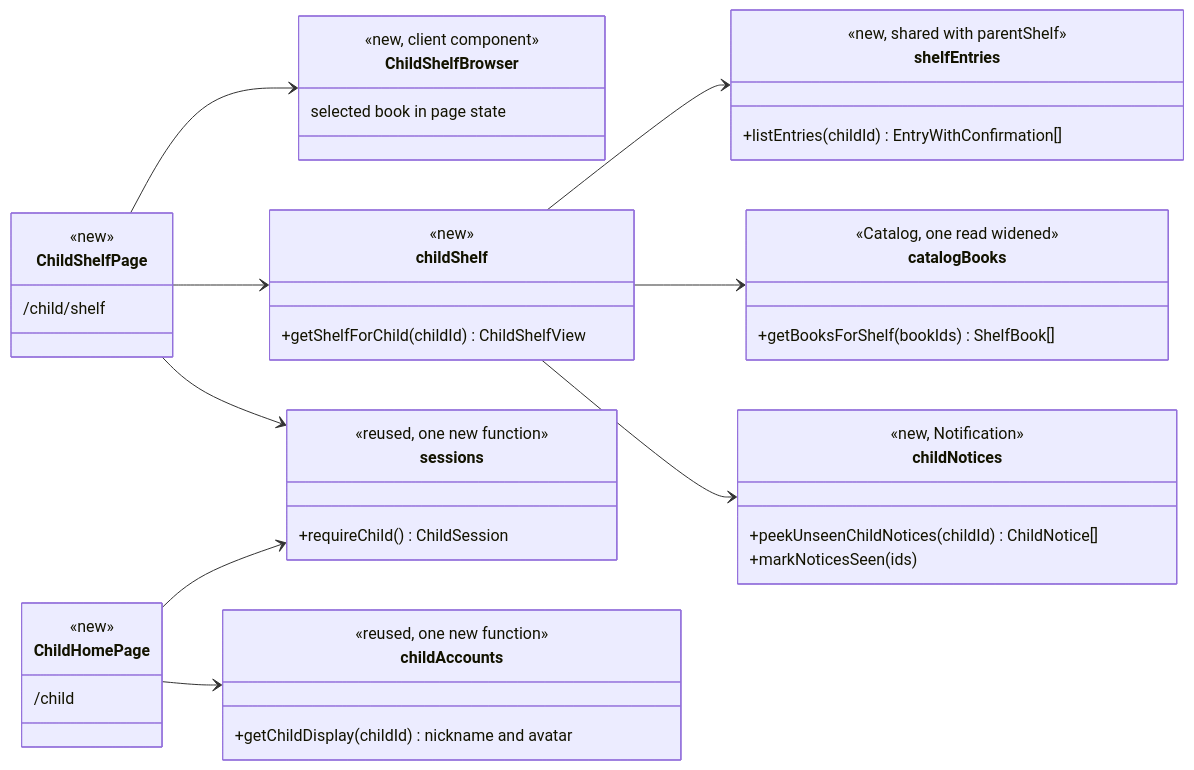
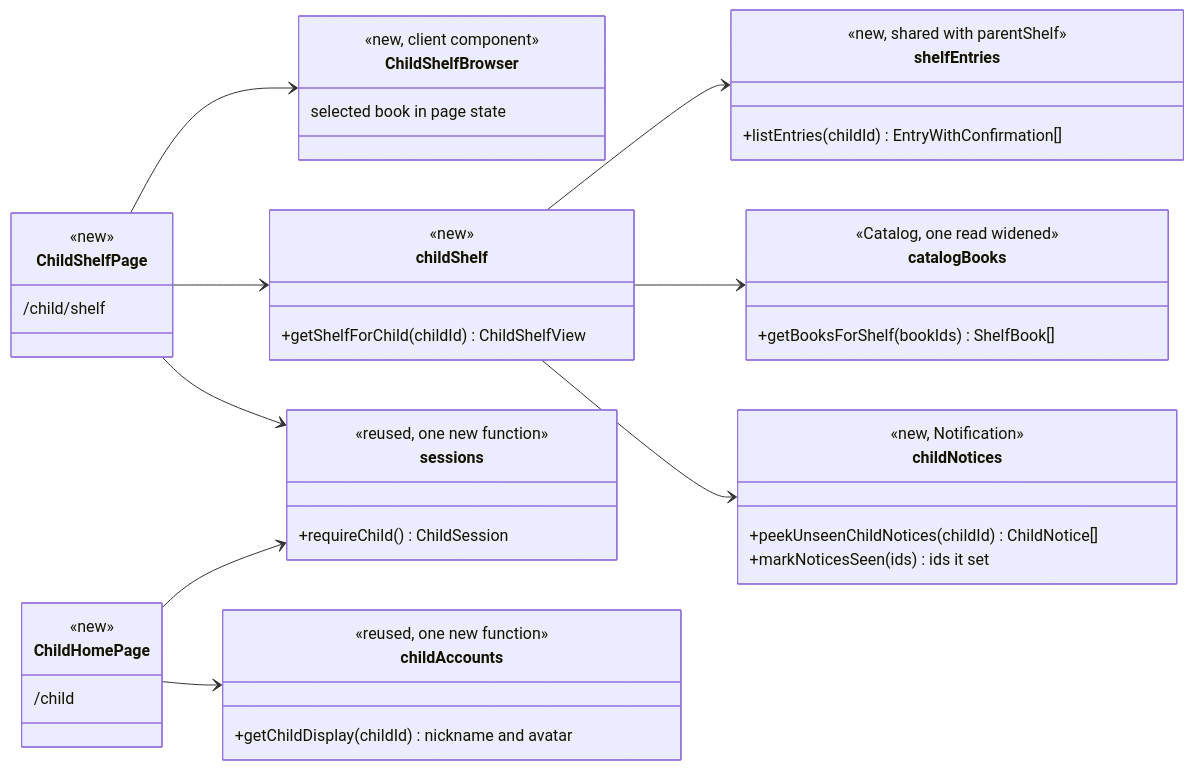
One commit to videogames21/book_buddies changed the second of 9 diagrams in design/shlf.md. Above: the diagram before and after it, drawn with Mermaid. The commit also changed other lines of this file and 3 other files, not shown here.

````diff
--- a/design/shlf.md
+++ b/design/shlf.md
@@ -79,49 +79,49 @@
 ```mermaid
 classDiagram
     direction LR
     class ChildHomePage {
         <<new>>
         /child
     }
     class ChildShelfPage {
         <<new>>
         /child/shelf
     }
     class ChildShelfBrowser {
         <<new, client component>>
         selected book in page state
     }
     class childShelf {
         <<new>>
         +getShelfForChild(childId) ChildShelfView
     }
     class shelfEntries {
         <<new, shared with parentShelf>>
         +listEntries(childId) EntryWithConfirmation[]
     }
     class childNotices {
         <<new, Notification>>
         +peekUnseenChildNotices(childId) ChildNotice[]
-        +markNoticesSeen(ids)
+        +markNoticesSeen(ids) ids it set
     }
     class catalogBooks {
         <<Catalog, one read widened>>
         +getBooksForShelf(bookIds) ShelfBook[]
     }
     class sessions {
         <<reused, one new function>>
         +requireChild() ChildSession
     }
     class childAccounts {
         <<reused, one new function>>
         +getChildDisplay(childId) nickname and avatar
     }
     ChildHomePage --> sessions
     ChildHomePage --> childAccounts
     ChildShelfPage --> sessions
     ChildShelfPage --> childShelf
     ChildShelfPage --> ChildShelfBrowser
     childShelf --> shelfEntries
     childShelf --> catalogBooks
     childShelf --> childNotices
 ```
````
